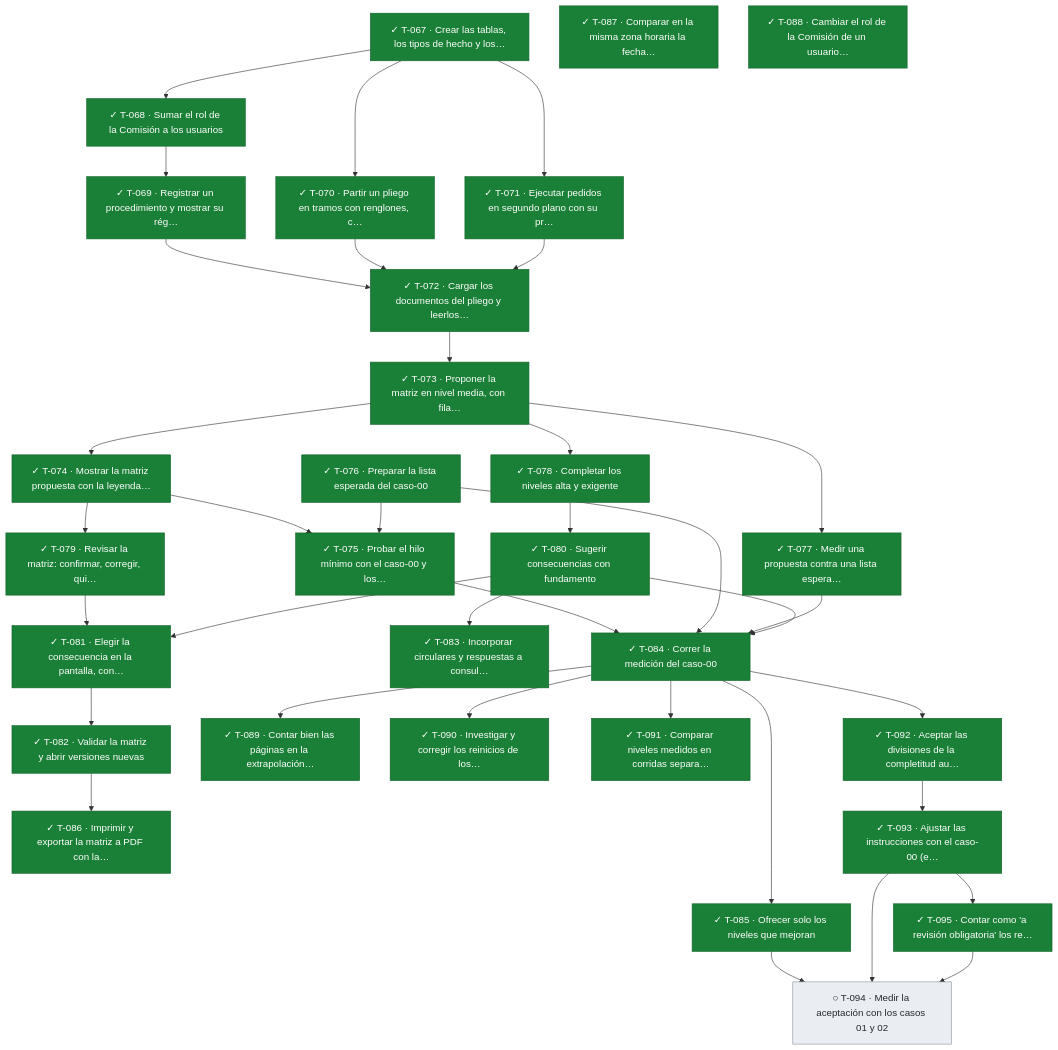
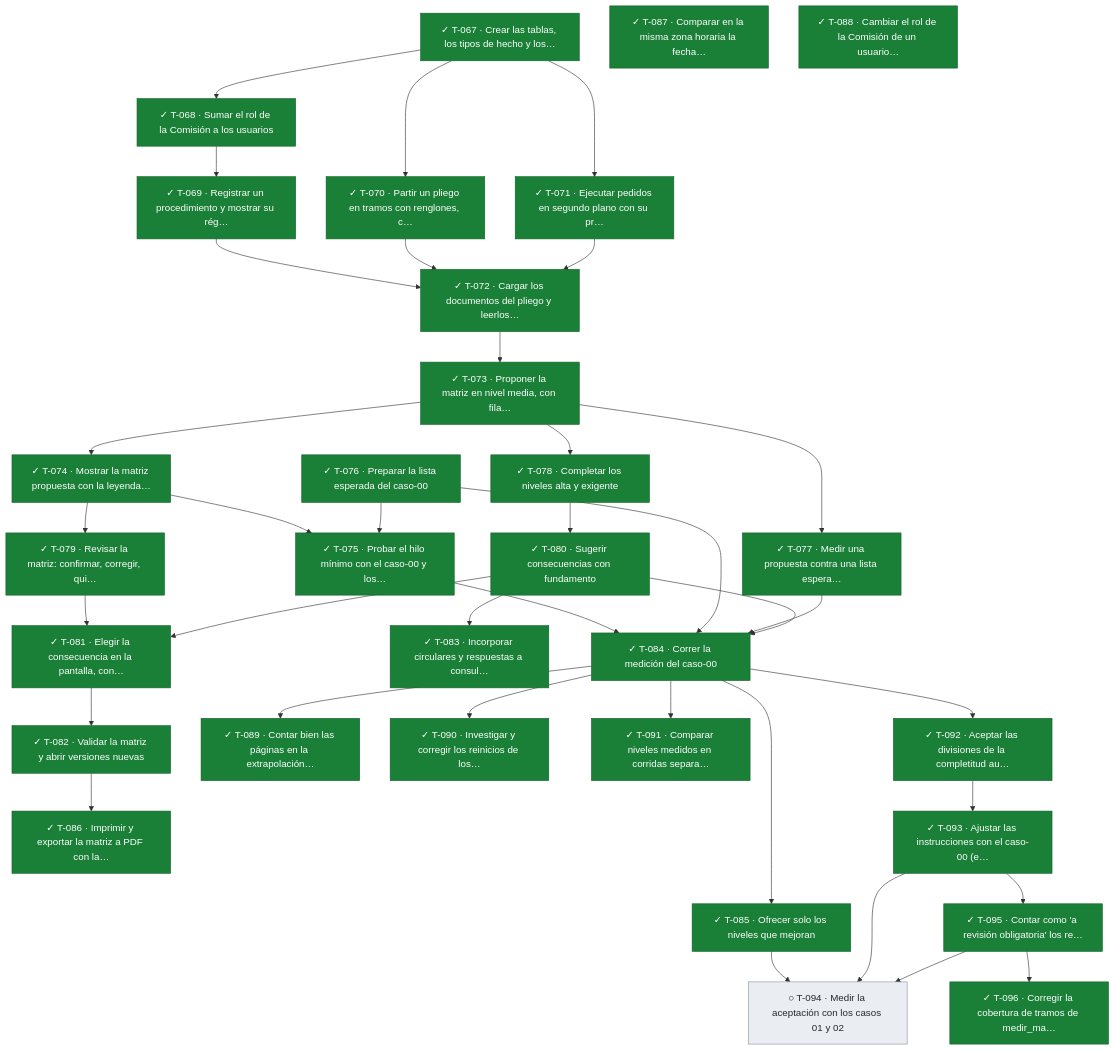
One commit to snavello/EVALUON changed the fifth of 5 diagrams in docs/tablero.md. Above: the diagram before and after it, drawn with Mermaid. The commit also changed other lines of this file and 1 other file, not shown here.

````diff
--- a/docs/tablero.md
+++ b/docs/tablero.md
@@ -408,71 +409,73 @@
 ```mermaid
 flowchart TD
   T067["✓ T-067 · Crear las tablas, los tipos de hecho y los…"]:::done
   T068["✓ T-068 · Sumar el rol de la Comisión a los usuarios"]:::done
   T069["✓ T-069 · Registrar un procedimiento y mostrar su rég…"]:::done
   T070["✓ T-070 · Partir un pliego en tramos con renglones, c…"]:::done
   T071["✓ T-071 · Ejecutar pedidos en segundo plano con su pr…"]:::done
   T072["✓ T-072 · Cargar los documentos del pliego y leerlos…"]:::done
   T073["✓ T-073 · Proponer la matriz en nivel media, con fila…"]:::done
   T074["✓ T-074 · Mostrar la matriz propuesta con la leyenda…"]:::done
   T075["✓ T-075 · Probar el hilo mínimo con el caso-00 y los…"]:::done
   T076["✓ T-076 · Preparar la lista esperada del caso-00"]:::done
   T077["✓ T-077 · Medir una propuesta contra una lista espera…"]:::done
   T078["✓ T-078 · Completar los niveles alta y exigente"]:::done
   T079["✓ T-079 · Revisar la matriz: confirmar, corregir, qui…"]:::done
   T080["✓ T-080 · Sugerir consecuencias con fundamento"]:::done
   T081["✓ T-081 · Elegir la consecuencia en la pantalla, con…"]:::done
   T082["✓ T-082 · Validar la matriz y abrir versiones nuevas"]:::done
   T083["✓ T-083 · Incorporar circulares y respuestas a consul…"]:::done
   T084["✓ T-084 · Correr la medición del caso-00"]:::done
   T085["✓ T-085 · Ofrecer solo los niveles que mejoran"]:::done
   T086["✓ T-086 · Imprimir y exportar la matriz a PDF con la…"]:::done
   T087["✓ T-087 · Comparar en la misma zona horaria la fecha…"]:::done
   T088["✓ T-088 · Cambiar el rol de la Comisión de un usuario…"]:::done
   T089["✓ T-089 · Contar bien las páginas en la extrapolación…"]:::done
   T090["✓ T-090 · Investigar y corregir los reinicios de los…"]:::done
   T091["✓ T-091 · Comparar niveles medidos en corridas separa…"]:::done
   T092["✓ T-092 · Aceptar las divisiones de la completitud au…"]:::done
   T093["✓ T-093 · Ajustar las instrucciones con el caso-00 (e…"]:::done
   T094["○ T-094 · Medir la aceptación con los casos 01 y 02"]:::todo
   T095["✓ T-095 · Contar como 'a revisión obligatoria' los re…"]:::done
+  T096["✓ T-096 · Corregir la cobertura de tramos de medir_ma…"]:::done
   T067 --> T068
   T068 --> T069
   T067 --> T070
   T067 --> T071
   T069 --> T072
   T070 --> T072
   T071 --> T072
   T072 --> T073
   T073 --> T074
   T074 --> T075
   T076 --> T075
   T073 --> T077
   T073 --> T078
   T074 --> T079
   T078 --> T080
   T079 --> T081
   T080 --> T081
   T081 --> T082
   T080 --> T083
   T075 --> T084
   T076 --> T084
   T077 --> T084
   T080 --> T084
   T084 --> T085
   T082 --> T086
   T084 --> T089
   T084 --> T090
   T084 --> T091
   T084 --> T092
   T092 --> T093
   T085 --> T094
   T093 --> T094
   T095 --> T094
   T093 --> T095
+  T095 --> T096
   classDef done fill:#1a7f37,stroke:#116329,color:#ffffff
   classDef review fill:#0969da,stroke:#0550ae,color:#ffffff
   classDef active fill:#bf8700,stroke:#7d4e00,color:#ffffff
   classDef blocked fill:#cf222e,stroke:#a40e26,color:#ffffff
   classDef todo fill:#eaeef2,stroke:#8c959f,color:#24292f
 ```
````
